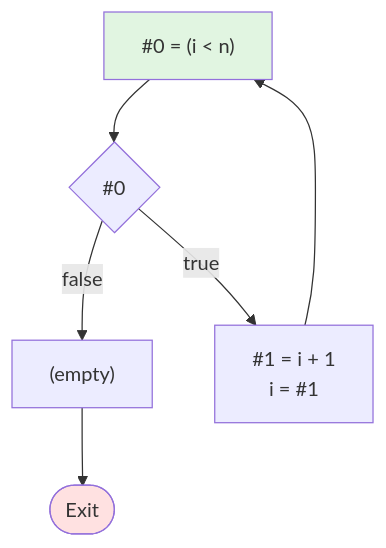
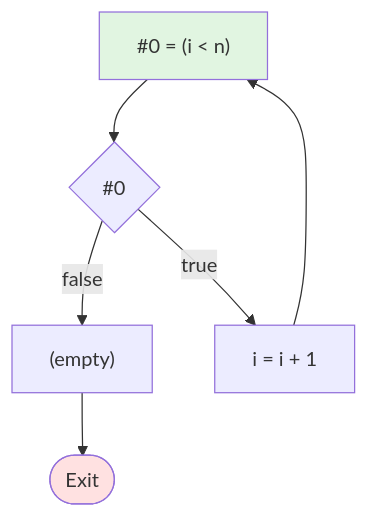
Before and after one commit to cny123222/Control-Flow-Graph-Generation-for-WhileD-Language: the diagram in README.md, drawn with Mermaid. The commit also changed other lines of this file and 5 other files, not shown here.

````diff
--- a/README.md
+++ b/README.md
@@ -83,16 +81,16 @@
 ```mermaid
 flowchart TD
     B0["#0 = (i < n)"]
     C0{#0}
-    B1["#1 = i + 1<br/>i = #1"]
+    B1["i = i + 1"]
     B2["(empty)"]
 
     B0 --> C0
     C0 -->|false| B2
     C0 -->|true| B1
     B1 --> B0
     B2 --> Exit([Exit])
 
     style B0 fill:#e1f5e1
     style Exit fill:#ffe1e1
 ```
````
